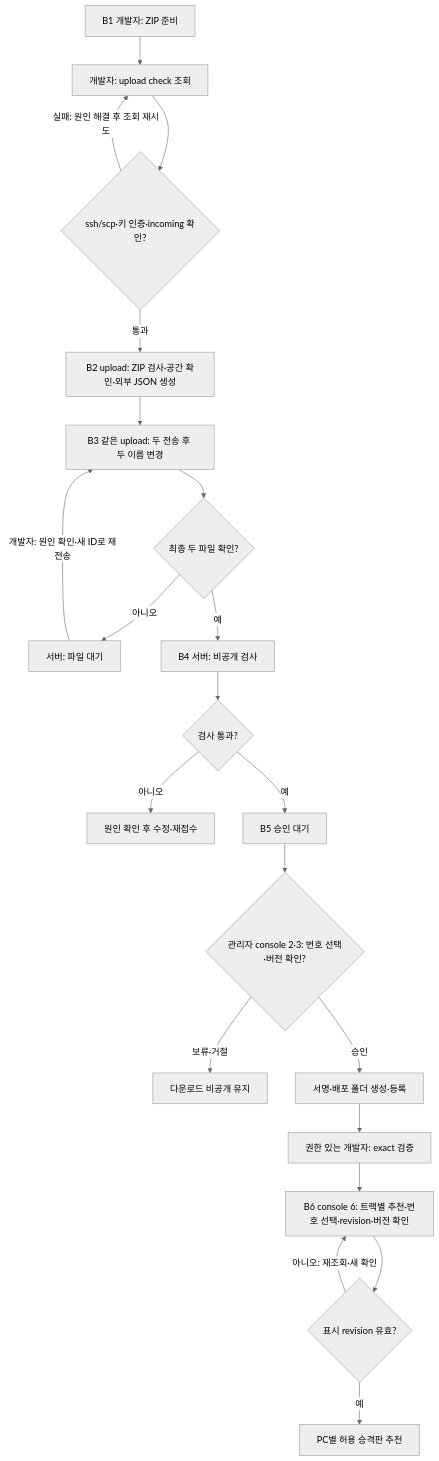
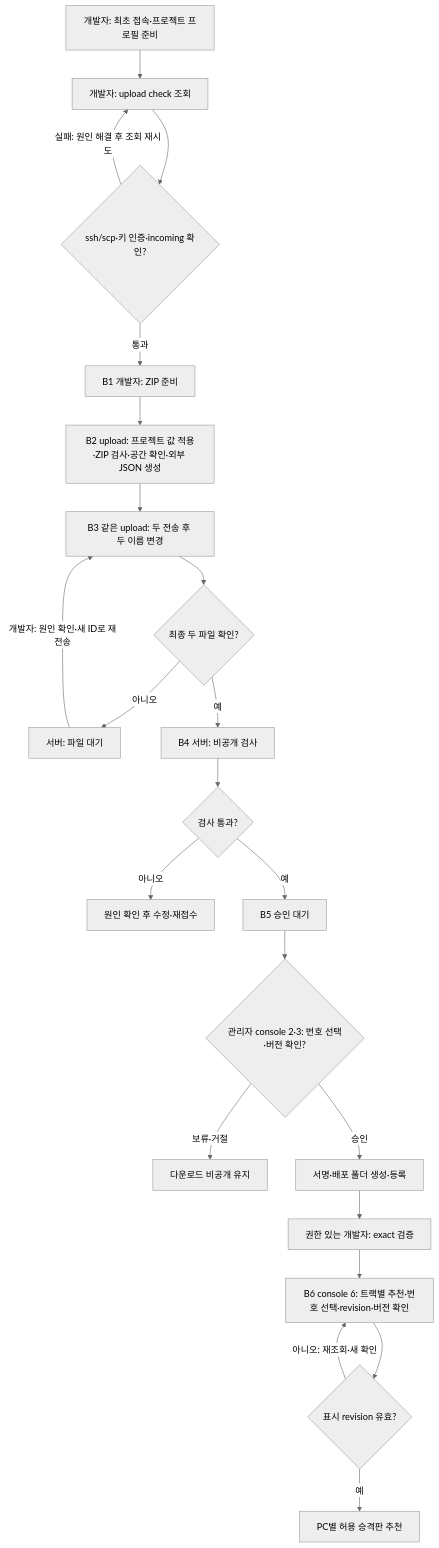
The second of 3 diagrams in docs/reference/feature-workflow.md (YonghoKwon/UE-DT-LAUNCHER), drawn with Mermaid (neutral theme) before and after one commit. The commit also changed other lines of this file and 11 other files, not shown here.

````diff
--- a/docs/reference/feature-workflow.md
+++ b/docs/reference/feature-workflow.md
@@ -212,23 +212,24 @@
 ```mermaid
 flowchart TD
-    package["B1 개발자: ZIP 준비"] --> preflight["개발자: upload check 조회"]
+    setup["개발자: 최초 접속·프로젝트 프로필 준비"] --> preflight["개발자: upload check 조회"]
     preflight --> checked{"ssh/scp·키 인증·incoming 확인?"}
     checked -->|"실패: 원인 해결 후 조회 재시도"| preflight
-    checked -->|"통과"| metadata["B2 upload: ZIP 검사·공간 확인·외부 JSON 생성"]
+    checked -->|"통과"| package["B1 개발자: ZIP 준비"]
+    package --> metadata["B2 upload: 프로젝트 값 적용·ZIP 검사·공간 확인·외부 JSON 생성"]
     metadata --> upload["B3 같은 upload: 두 전송 후 두 이름 변경"]
     upload --> paired{"최종 두 파일 확인?"}
     paired -->|"아니오"| waiting["서버: 파일 대기"]
     waiting -->|"개발자: 원인 확인·새 ID로 재전송"| upload
     paired -->|"예"| validate["B4 서버: 비공개 검사"]
     validate --> valid{"검사 통과?"}
     valid -->|"아니오"| fix["원인 확인 후 수정·재접수"]
     valid -->|"예"| pending["B5 승인 대기"]
     pending --> approved{"관리자 console 2·3: 번호 선택·버전 확인?"}
     approved -->|"보류·거절"| private["다운로드 비공개 유지"]
     approved -->|"승인"| publish["서명·배포 폴더 생성·등록"]
     publish --> developer["권한 있는 개발자: exact 검증"]
     developer --> promote["B6 console 6: 트랙별 추천·번호 선택·revision·버전 확인"]
     promote --> revision{"표시 revision 유효?"}
     revision -->|"예"| visible["PC별 허용 승격판 추천"]
     revision -->|"아니오: 재조회·새 확인"| promote
 ```
````
